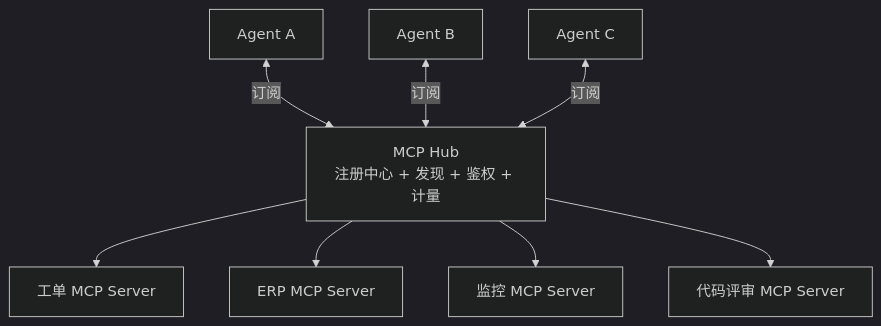
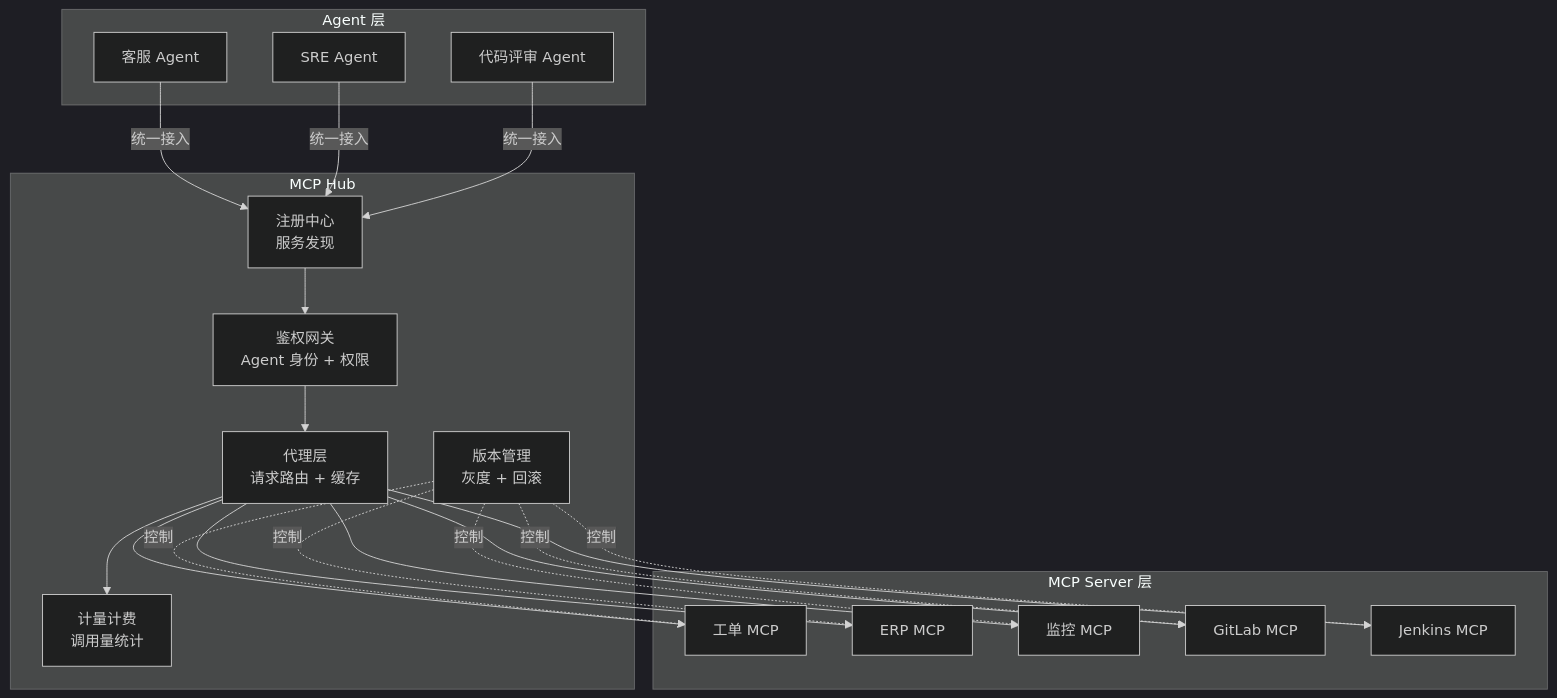
One commit to UranusGit/java-agent-learn changed the diagram in docs/阶段6-前沿/04-MCPHub与工具市场.md. Above: the diagram before and after it, drawn with Mermaid (dark theme). The commit also changed other lines of this file and 112 other files, not shown here.

````diff
--- a/docs/阶段6-前沿/04-MCPHub与工具市场.md
+++ b/docs/阶段6-前沿/04-MCPHub与工具市场.md
@@ -9,12 +27,31 @@
 ```mermaid
 flowchart TD
-    Hub["MCP Hub<br/>注册中心 + 发现 + 鉴权 + 计量"]
-    Hub --> S1["工单 MCP Server"]
-    Hub --> S2["ERP MCP Server"]
-    Hub --> S3["监控 MCP Server"]
-    Hub --> S4["代码评审 MCP Server"]
+    subgraph Agent 层
+        A1["客服 Agent"]
+        A2["SRE Agent"]
+        A3["代码评审 Agent"]
+    end
 
-    A1["Agent A"] <-->|"订阅"| Hub
-    A2["Agent B"] <-->|"订阅"| Hub
-    A3["Agent C"] <-->|"订阅"| Hub
+    subgraph MCP Hub
+        Registry["注册中心<br/>服务发现"]
+        Auth["鉴权网关<br/>Agent 身份 + 权限"]
+        Proxy["代理层<br/>请求路由 + 缓存"]
+        Meter["计量计费<br/>调用量统计"]
+        Version["版本管理<br/>灰度 + 回滚"]
+    end
+
+    subgraph MCP Server 层
+        S1["工单 MCP"]
+        S2["ERP MCP"]
+        S3["监控 MCP"]
+        S4["GitLab MCP"]
+        S5["Jenkins MCP"]
+    end
+
+    A1 & A2 & A3 -->|"统一接入"| Registry
+    Registry --> Auth
+    Auth --> Proxy
+    Proxy --> Meter
+    Proxy --> S1 & S2 & S3 & S4 & S5
+    Version -.->|"控制"| S1 & S2 & S3 & S4 & S5
 ```
````
